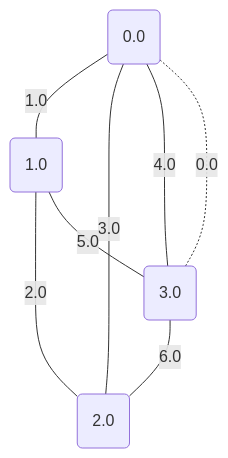
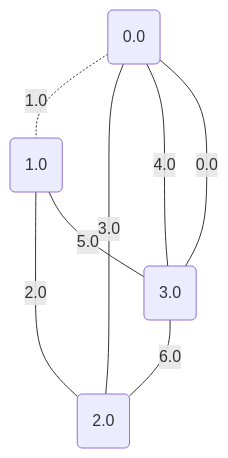
The second of 5 diagrams in project/src/testing/minCut.md (metury/graphs), drawn with Mermaid before and after one commit. The commit also changed other lines of this file and 2 other files, not shown here.

````diff
--- a/project/src/testing/minCut.md
+++ b/project/src/testing/minCut.md
@@ -32,14 +32,14 @@
 ```mermaid
 graph TD;
 0("0.0");
 1("1.0");
 2("2.0");
 3("3.0");
-	3 -. "0.0" -.- 0;
-	0 -- "1.0" --- 1;
+	3 -- "0.0" --- 0;
+	0 -. "1.0" -.- 1;
 	1 -- "2.0" --- 2;
 	0 -- "3.0" --- 2;
 	0 -- "4.0" --- 3;
 	1 -- "5.0" --- 3;
 	3 -- "6.0" --- 2;
 ```
````
